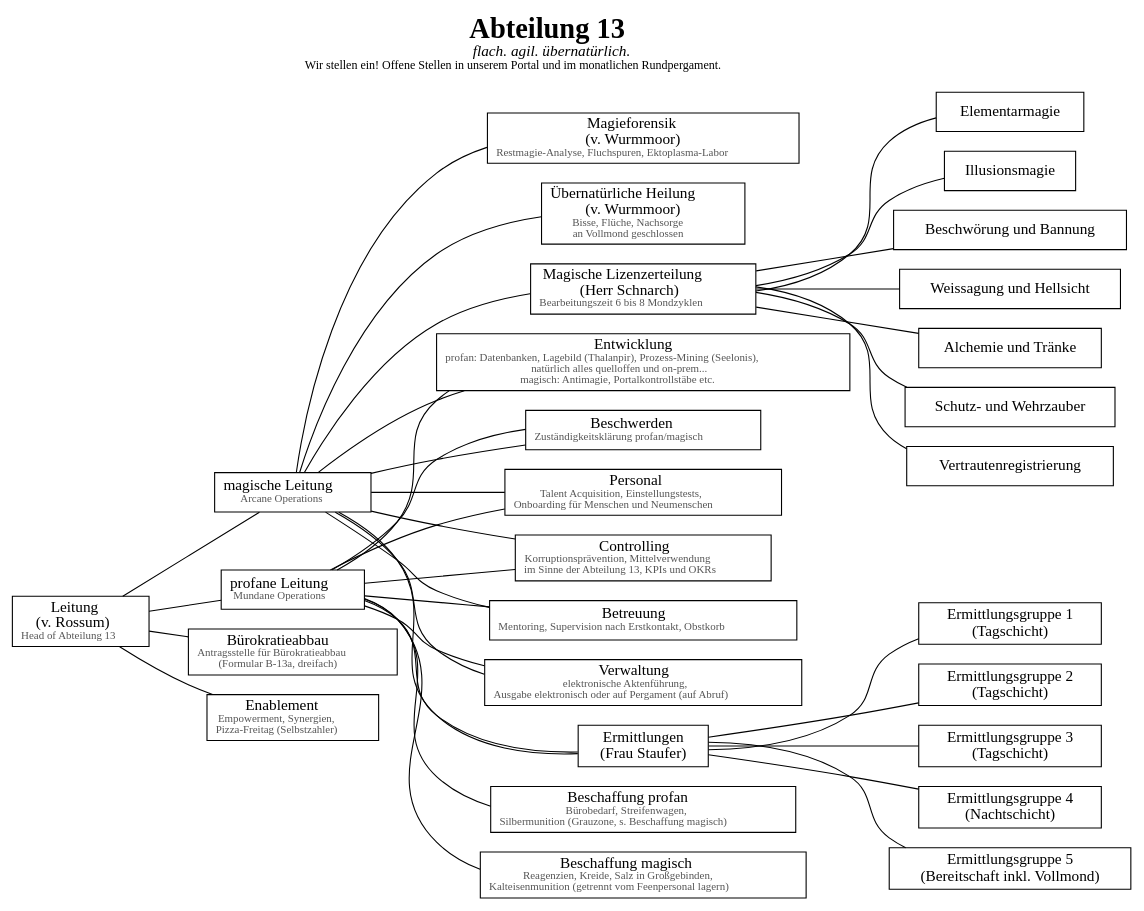
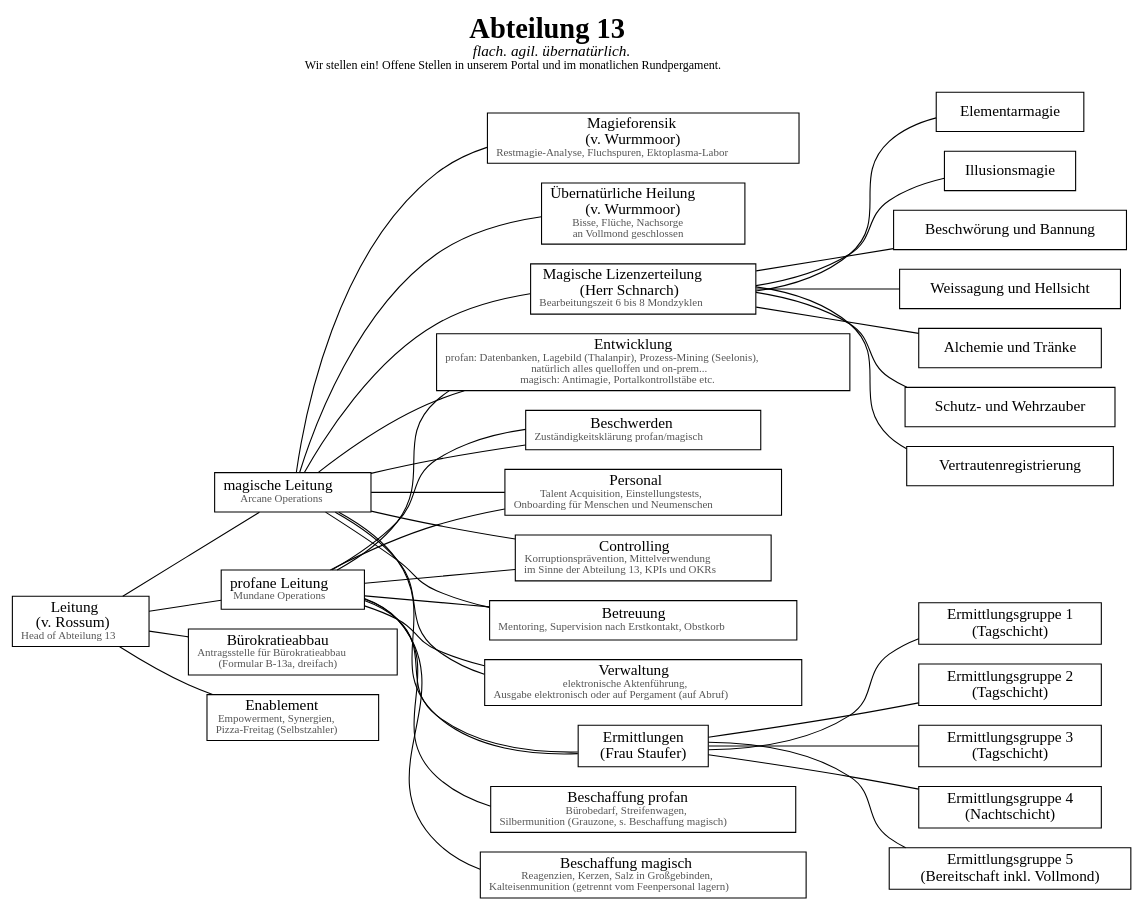
Before and after one commit to wy-bbw/df_docs: the diagram in neue_polizei_organigramm/organigramm.dot, drawn with Graphviz.

Commit message:
Kreide -> Kerzen

```diff
--- a/neue_polizei_organigramm/organigramm.dot
+++ b/neue_polizei_organigramm/organigramm.dot
@@ -1,80 +1,80 @@
 graph organigramm {
     rankdir=LR
     node[shape=box]
     labelloc=t
     label=<<FONT POINT-SIZE="26"><B>Abteilung 13</B></FONT><BR/><FONT POINT-SIZE="14"><I>flach. agil. übernatürlich.</I></FONT><BR/><FONT POINT-SIZE="11">Wir stellen ein! Offene Stellen in unserem Portal und im monatlichen Rundpergament.</FONT><BR/> >
 
     leitung[label = <Leitung<BR/>(v. Rossum)<BR/><FONT POINT-SIZE="10" COLOR="#555555">Head of Abteilung 13</FONT>>]
     leitung_welt[label = <profane Leitung<BR/><FONT POINT-SIZE="10" COLOR="#555555">Mundane Operations</FONT>>]
     leitung_magie[label = <magische Leitung<BR/><FONT POINT-SIZE="10" COLOR="#555555">Arcane Operations</FONT>>]
     ermittlungen[label = "Ermittlungen\n(Frau Staufer)"]
     magieforensik[label = <Magieforensik<BR/>(v. Wurmmoor)<BR/><FONT POINT-SIZE="10" COLOR="#555555">Restmagie-Analyse, Fluchspuren, Ektoplasma-Labor</FONT>>]
     heilung[label = <Übernatürliche Heilung<BR/>(v. Wurmmoor)<BR/><FONT POINT-SIZE="10" COLOR="#555555">Bisse, Flüche, Nachsorge<BR/>an Vollmond geschlossen</FONT>>]
     lizenz[label = <Magische Lizenzerteilung<BR/>(Herr Schnarch)<BR/><FONT POINT-SIZE="10" COLOR="#555555">Bearbeitungszeit 6 bis 8 Mondzyklen</FONT>>]
     beschaffung_profan[label = <Beschaffung profan<BR/><FONT POINT-SIZE="10" COLOR="#555555">Bürobedarf, Streifenwagen,<BR/>Silbermunition (Grauzone, s. Beschaffung magisch)</FONT>>]
-    beschaffung_magisch[label = <Beschaffung magisch<BR/><FONT POINT-SIZE="10" COLOR="#555555">Reagenzien, Kreide, Salz in Großgebinden,<BR/>Kalteisenmunition (getrennt vom Feenpersonal lagern)</FONT>>]
+    beschaffung_magisch[label = <Beschaffung magisch<BR/><FONT POINT-SIZE="10" COLOR="#555555">Reagenzien, Kerzen, Salz in Großgebinden,<BR/>Kalteisenmunition (getrennt vom Feenpersonal lagern)</FONT>>]
     beschwerden[label = <Beschwerden<BR/><FONT POINT-SIZE="10" COLOR="#555555">Zuständigkeitsklärung profan/magisch</FONT>>]
     personal[label = <Personal<BR/><FONT POINT-SIZE="10" COLOR="#555555">Talent Acquisition, Einstellungstests,<BR/>Onboarding für Menschen und Neumenschen</FONT>>]
     buerokra[label = <Bürokratieabbau<BR/><FONT POINT-SIZE="10" COLOR="#555555">Antragsstelle für Bürokratieabbau<BR/>(Formular B-13a, dreifach)</FONT>>]
     controll[label = <Controlling<BR/><FONT POINT-SIZE="10" COLOR="#555555">Korruptionsprävention, Mittelverwendung<BR/>im Sinne der Abteilung 13, KPIs und OKRs</FONT>>]
     betruung[label = <Betreuung<BR/><FONT POINT-SIZE="10" COLOR="#555555">Mentoring, Supervision nach Erstkontakt, Obstkorb</FONT>>]
     enablemt[label = <Enablement<BR/><FONT POINT-SIZE="10" COLOR="#555555">Empowerment, Synergien,<BR/>Pizza-Freitag (Selbstzahler)</FONT>>]
     administ[label = <Verwaltung<BR/><FONT POINT-SIZE="10" COLOR="#555555">elektronische Aktenführung,<BR/>Ausgabe elektronisch oder auf Pergament (auf Abruf)</FONT>>]
     entwickl[label = <Entwicklung<BR/><FONT POINT-SIZE="10" COLOR="#555555">profan: Datenbanken, Lagebild (Thalanpir), Prozess-Mining (Seelonis),<BR/>natürlich alles quelloffen und on-prem...<BR/>magisch: Antimagie, Portalkontrollstäbe etc.</FONT>>]
 
     eg1[label = "Ermittlungsgruppe 1\n(Tagschicht)"]
     eg2[label = "Ermittlungsgruppe 2\n(Tagschicht)"]
     eg3[label = "Ermittlungsgruppe 3\n(Tagschicht)"]
     eg4[label = "Ermittlungsgruppe 4\n(Nachtschicht)"]
     eg5[label = "Ermittlungsgruppe 5\n(Bereitschaft inkl. Vollmond)"]
 
     lizenz_elementar[label = "Elementarmagie"]
     lizenz_illusion[label = "Illusionsmagie"]
     lizenz_beschwoer[label = "Beschwörung und Bannung"]
     lizenz_weissag[label = "Weissagung und Hellsicht"]
     lizenz_alchemie[label = "Alchemie und Tränke"]
     lizenz_schutz[label = "Schutz- und Wehrzauber"]
     lizenz_vertraut[label = "Vertrautenregistrierung"]
 
 
     leitung -- leitung_welt
     leitung -- leitung_magie
     leitung -- buerokra
     leitung -- enablemt
     leitung_magie -- magieforensik
     leitung_magie -- heilung
     leitung_magie --  ermittlungen
     leitung_magie -- lizenz
     leitung_magie -- beschwerden
     leitung_magie -- personal
     leitung_magie -- controll
     leitung_magie -- betruung
     leitung_magie -- entwickl
     leitung_magie -- administ
     leitung_welt -- ermittlungen
     leitung_welt -- beschwerden
     leitung_welt -- personal
     leitung_welt -- controll
     leitung_welt -- betruung
     leitung_welt -- entwickl
     leitung_welt -- administ
     leitung_welt -- beschaffung_profan
     leitung_welt -- beschaffung_magisch
 
     ermittlungen -- eg1
     ermittlungen -- eg2
     ermittlungen -- eg3
     ermittlungen -- eg4
     ermittlungen -- eg5
 
     lizenz -- lizenz_elementar
     lizenz -- lizenz_illusion
     lizenz -- lizenz_beschwoer
     lizenz -- lizenz_weissag
     lizenz -- lizenz_alchemie
     lizenz -- lizenz_schutz
     lizenz -- lizenz_vertraut
 
     {rank=same; eg1 -- eg2 -- eg3 -- eg4 -- eg5 [style=invis]}
     {rank=same; lizenz_elementar -- lizenz_illusion -- lizenz_beschwoer -- lizenz_weissag -- lizenz_alchemie -- lizenz_schutz -- lizenz_vertraut [style=invis]}
 }
```
